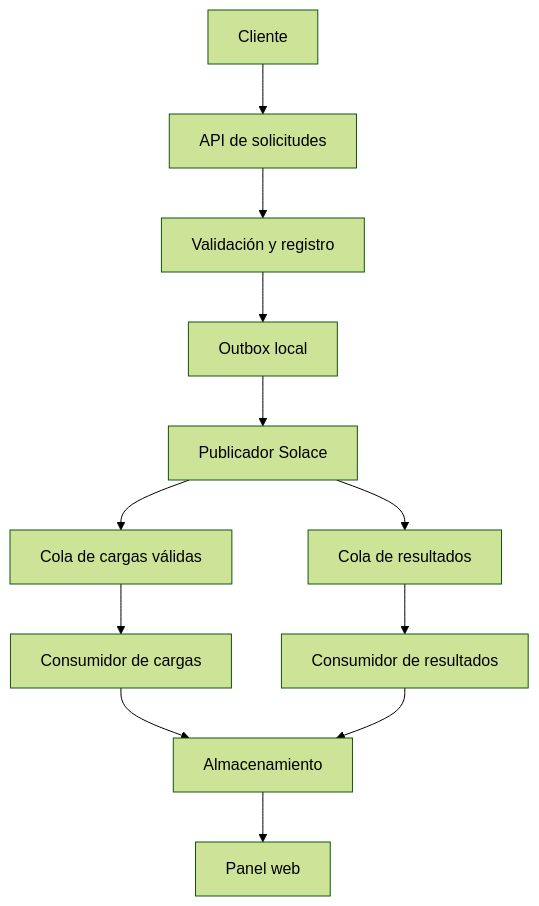
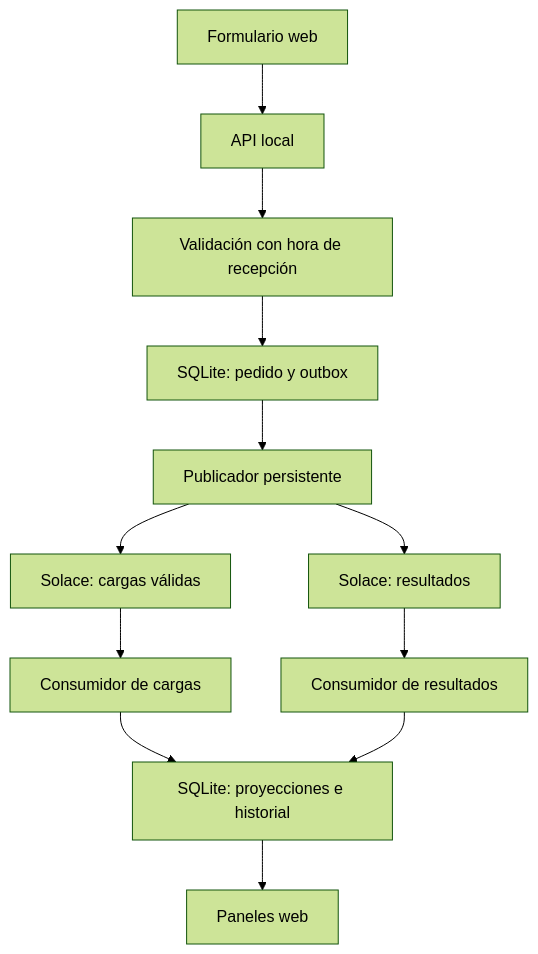
The diagram in docs/architecture.md (AllanDRG/AxleSignal), drawn with Mermaid (forest theme) before and after one commit. The commit also changed other lines of this file and 41 other files, not shown here.

````diff
--- a/docs/architecture.md
+++ b/docs/architecture.md
@@ -5,14 +3,14 @@
 ```mermaid
 flowchart TD
-  C[Cliente] --> A[API de solicitudes]
-  A --> V[Validación y registro]
-  V --> O[Outbox local]
-  O --> P[Publicador Solace]
-  P --> Q[Cola de cargas válidas]
-  P --> R[Cola de resultados]
+  C[Formulario web] --> A[API local]
+  A --> V[Validación con hora de recepción]
+  V --> D[SQLite: pedido y outbox]
+  D --> P[Publicador persistente]
+  P --> Q[Solace: cargas válidas]
+  P --> R[Solace: resultados]
   Q --> T[Consumidor de cargas]
   R --> S[Consumidor de resultados]
-  T --> D[Almacenamiento]
-  S --> D
-  D --> W[Panel web]
+  T --> B[SQLite: proyecciones e historial]
+  S --> B
+  B --> W[Paneles web]
 ```
````
